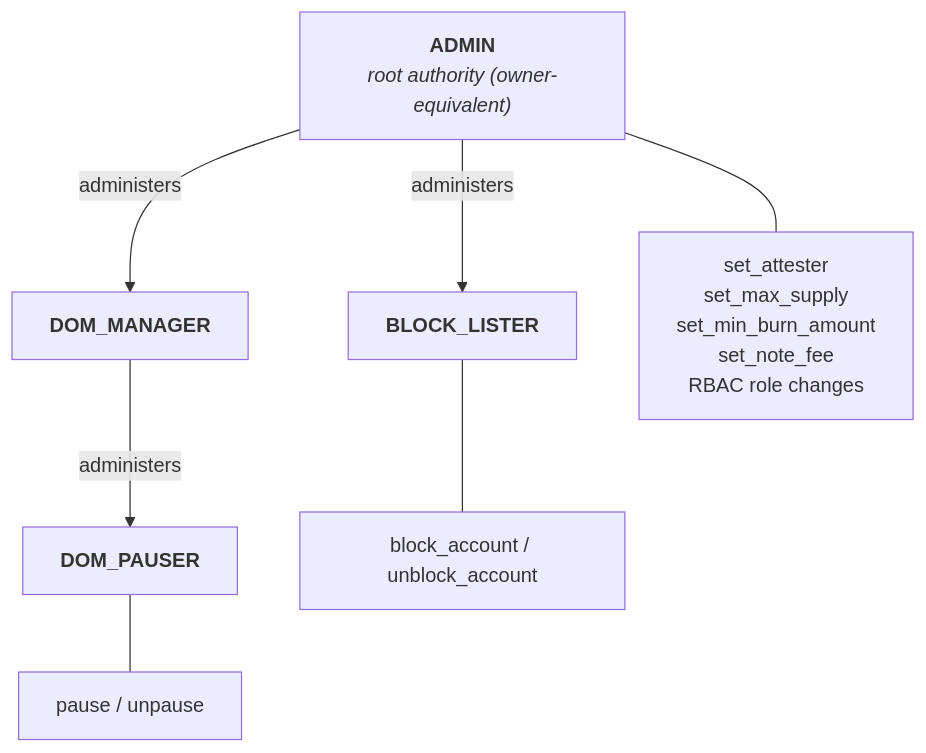
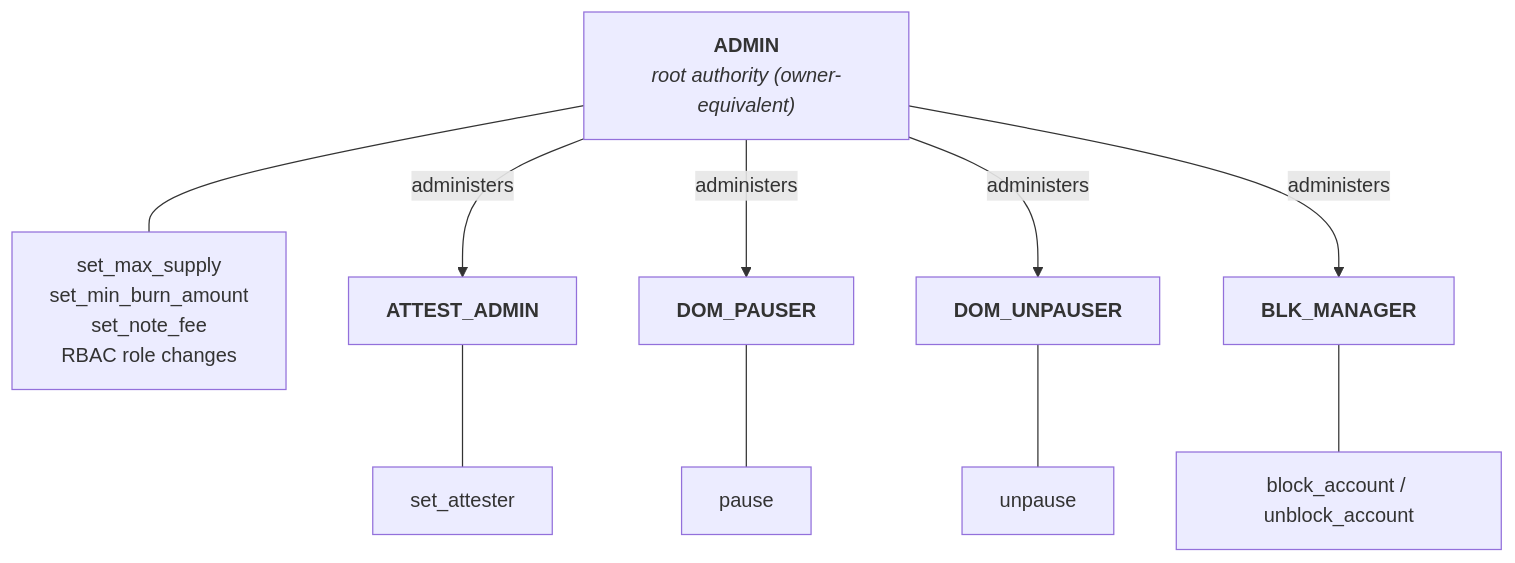
The diagram in docs/ARCHITECTURE.md (0xMiden/miden-usdcx), drawn with Mermaid before and after one commit. The commit also changed other lines of this file and 2 other files, not shown here.

Commit message:
docs: describe the #196 role model

````diff
--- a/docs/ARCHITECTURE.md
+++ b/docs/ARCHITECTURE.md
@@ -92,13 +92,12 @@
 ```mermaid
 flowchart TD
-    ADMIN["<b>ADMIN</b><br/><i>root authority (owner-equivalent)</i>"]
-    DOM_MANAGER["<b>DOM_MANAGER</b>"]
-    DOM_PAUSER["<b>DOM_PAUSER</b>"]
-    BLOCK_LISTER["<b>BLOCK_LISTER</b>"]
-    ADMIN -->|administers| DOM_MANAGER
-    ADMIN -->|administers| BLOCK_LISTER
-    DOM_MANAGER -->|administers| DOM_PAUSER
-    ADMIN --- A1["set_attester<br/>set_max_supply<br/>set_min_burn_amount<br/>set_note_fee<br/>RBAC role changes"]
-    DOM_PAUSER --- A2["pause / unpause"]
-    BLOCK_LISTER --- A3["block_account / unblock_account"]
+    ADMIN["<b>ADMIN</b><br/><i>root authority (owner-equivalent)</i>"] --- A1["set_max_supply<br/>set_min_burn_amount<br/>set_note_fee<br/>RBAC role changes"]
+    ADMIN -->|administers| ATTEST_ADMIN["<b>ATTEST_ADMIN</b>"]
+    ADMIN -->|administers| DOM_PAUSER["<b>DOM_PAUSER</b>"]
+    ADMIN -->|administers| DOM_UNPAUSER["<b>DOM_UNPAUSER</b>"]
+    ADMIN -->|administers| BLK_MANAGER["<b>BLK_MANAGER</b>"]
+    ATTEST_ADMIN --- A2["set_attester"]
+    DOM_PAUSER --- A3["pause"]
+    DOM_UNPAUSER --- A4["unpause"]
+    BLK_MANAGER --- A5["block_account / unblock_account"]
 ```
````
